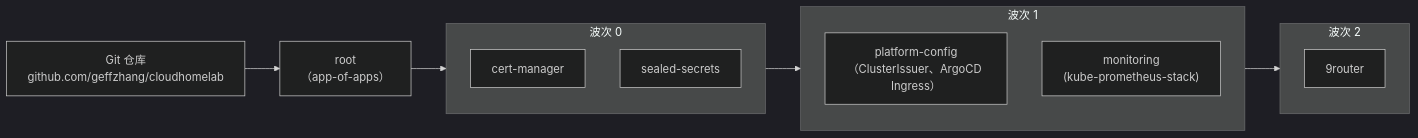
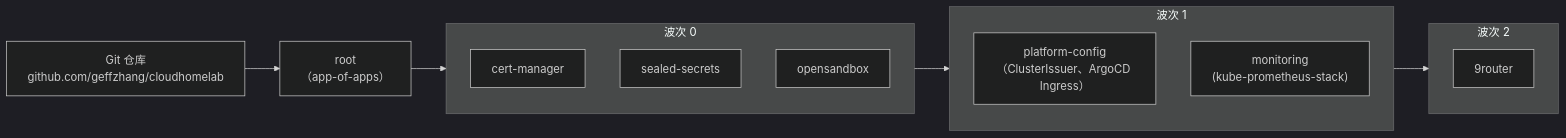
Before and after one commit to geffzhang/cloudhomelab: the second of 4 diagrams in docs/architecture/overview.md, drawn with Mermaid (dark theme). The commit also changed other lines of this file and 10 other files, not shown here.

````diff
--- a/docs/architecture/overview.md
+++ b/docs/architecture/overview.md
@@ -46,21 +50,22 @@
 ```mermaid
 graph LR
     Git["Git 仓库<br/>github.com/geffzhang/cloudhomelab"]
     Root["root<br/>（app-of-apps）"]
 
     Git --> Root
 
     subgraph w0["波次 0"]
         CM["cert-manager"]
         SS["sealed-secrets"]
+        OS["opensandbox"]
     end
     subgraph w1["波次 1"]
         PC["platform-config<br/>（ClusterIssuer、ArgoCD Ingress）"]
         MON["monitoring<br/>(kube-prometheus-stack)"]
     end
     subgraph w2["波次 2"]
         R9R["9router"]
     end
 
     Root --> w0 --> w1 --> w2
 ```
````
